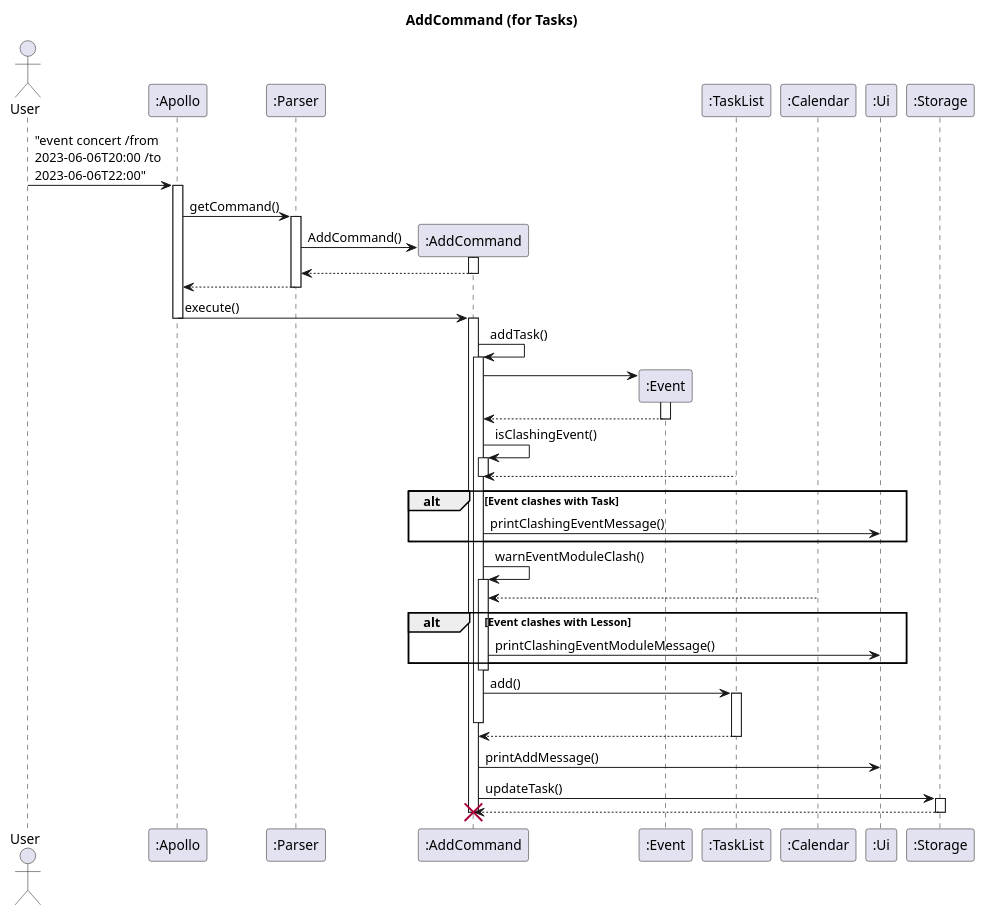
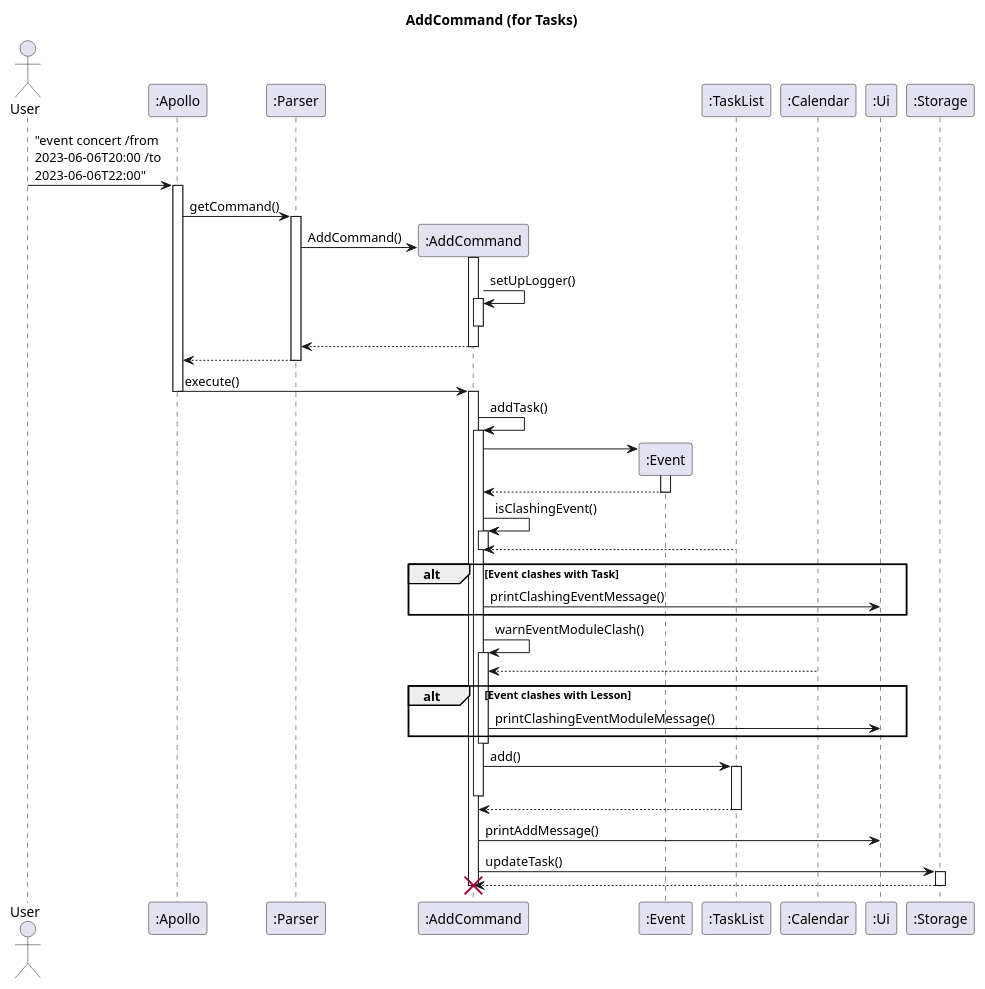
Before and after one commit to nus-cs2113-AY2223S2/tp: the diagram in docs/uml-source/AddCommand.puml, drawn with PlantUML. The commit also changed 1 other file, not shown here.

Commit message:
Add setUpLogger to AddCommand UML

```diff
--- a/docs/uml-source/AddCommand.puml
+++ b/docs/uml-source/AddCommand.puml
@@ -1,55 +1,57 @@
 @startuml
 'https://plantuml.com/sequence-diagram
 
 skinparam maxMessageSize 150
 
 title AddCommand (for Tasks)
 
 actor User
 participant ":Apollo" as Apollo
 participant ":Parser" as Parser
 participant ":AddCommand" as add
 participant ":Event" as Event
 participant ":TaskList" as TaskList
 participant ":Calendar" as Calendar
 participant ":Ui" as Ui
 participant ":Storage" as Storage
 
 User -> Apollo : "event concert /from 2023-06-06T20:00 /to 2023-06-06T22:00"
 activate Apollo
 Apollo -> Parser : getCommand()
 activate Parser
 Parser -> add** : AddCommand()
 add++
+add -> add ++ : setUpLogger()
+add--
 return
 return
 
 Apollo -> add : execute()
 Apollo --
 activate add
 add -> add++ : addTask()
 add -> Event**
 Event++
 return
 add -> add++ : isClashingEvent()
 TaskList --> add
 add--
 alt Event clashes with Task
 add -> Ui : printClashingEventMessage()
 end
 add -> add++ : warnEventModuleClash()
 Calendar --> add
 alt Event clashes with Lesson
 add -> Ui : printClashingEventModuleMessage()
 end
 add--
 add -> TaskList++ : add()
 add--
 add <-- TaskList--
 
 add -> Ui : printAddMessage()
 add -> Storage ++ : updateTask()
 return
 
 destroy add
 @enduml
```
